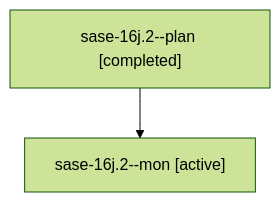
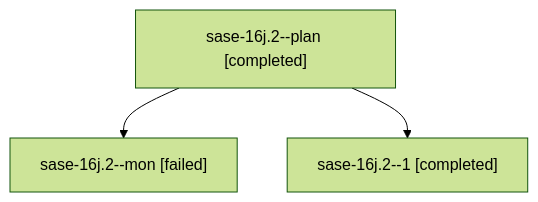
One commit to sase-org/sase--agents changed the diagram in families/bbugyi200.athena.sase-16j.2.md. Above: the diagram before and after it, drawn with Mermaid (forest theme). The commit also changed other lines of this file and 26 other files, not shown here.

````diff
--- a/families/bbugyi200.athena.sase-16j.2.md
+++ b/families/bbugyi200.athena.sase-16j.2.md
@@ -9,6 +9,8 @@
 ```mermaid
 flowchart TD
   n0["sase-16j.2--plan [completed]"]
-  n1["sase-16j.2--mon [active]"]
+  n1["sase-16j.2--mon [failed]"]
   n0 --> n1
+  n2["sase-16j.2--1 [completed]"]
+  n0 --> n2
 ```
````
